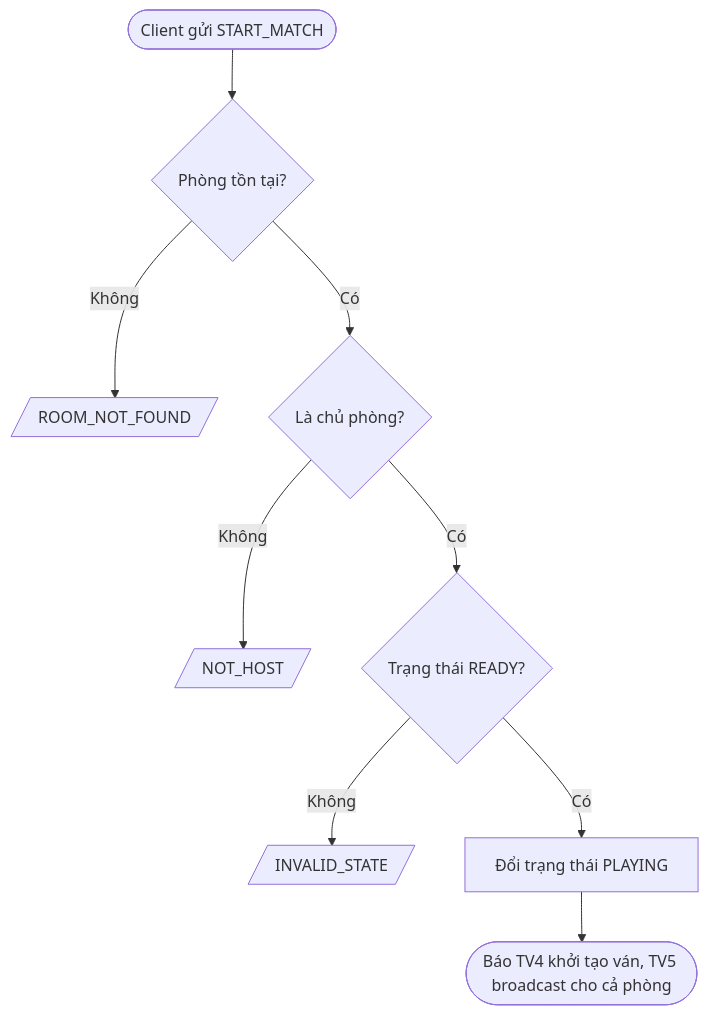
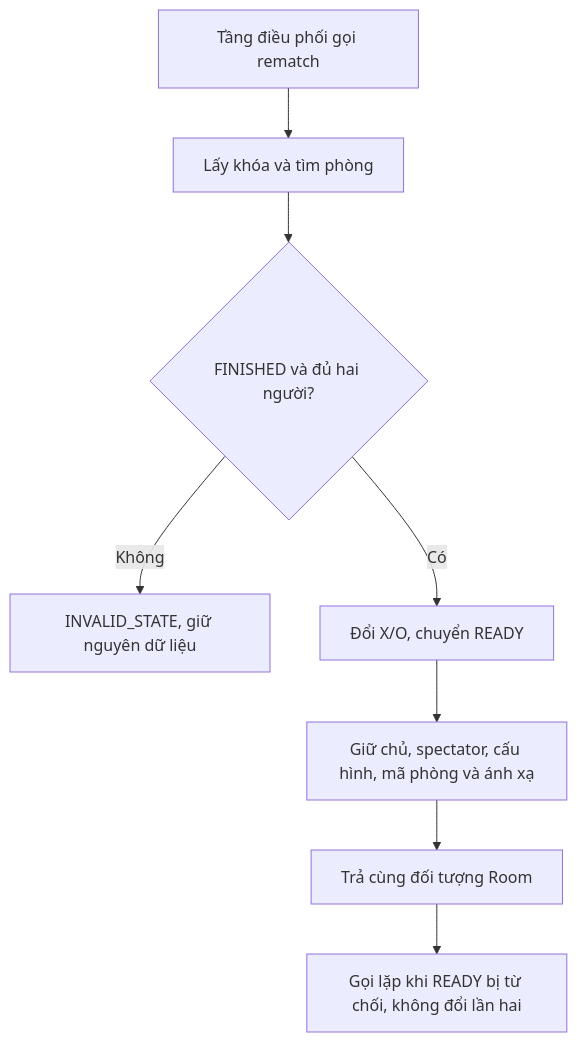
One commit to younglilbon/NET_262701303_03-UDM_16 changed the fourth of 4 diagrams in DOCX/Design/room_match_analysis.md. Above: the diagram before and after it, drawn with Mermaid. The commit also changed other lines of this file and 3 other files, not shown here.

````diff
--- a/DOCX/Design/room_match_analysis.md
+++ b/DOCX/Design/room_match_analysis.md
@@ -145,11 +114,10 @@
 ```mermaid
 flowchart TD
-    A([Client gửi START_MATCH]) --> B{Phòng tồn tại?}
-    B -- Không --> E1[/ROOM_NOT_FOUND/]
-    B -- Có --> C{Là chủ phòng?}
-    C -- Không --> E2[/NOT_HOST/]
-    C -- Có --> D{Trạng thái READY?}
-    D -- Không --> E3[/INVALID_STATE/]
-    D -- Có --> F[Đổi trạng thái PLAYING]
-    F --> G([Báo TV4 khởi tạo ván, TV5 broadcast cho cả phòng])
+    A[Tầng điều phối gọi rematch] --> B[Lấy khóa và tìm phòng]
+    B --> C{FINISHED và đủ hai người?}
+    C -- Không --> D[INVALID_STATE, giữ nguyên dữ liệu]
+    C -- Có --> E[Đổi X/O, chuyển READY]
+    E --> F[Giữ chủ, spectator, cấu hình, mã phòng và ánh xạ]
+    F --> G[Trả cùng đối tượng Room]
+    G --> H[Gọi lặp khi READY bị từ chối, không đổi lần hai]
 ```
````
